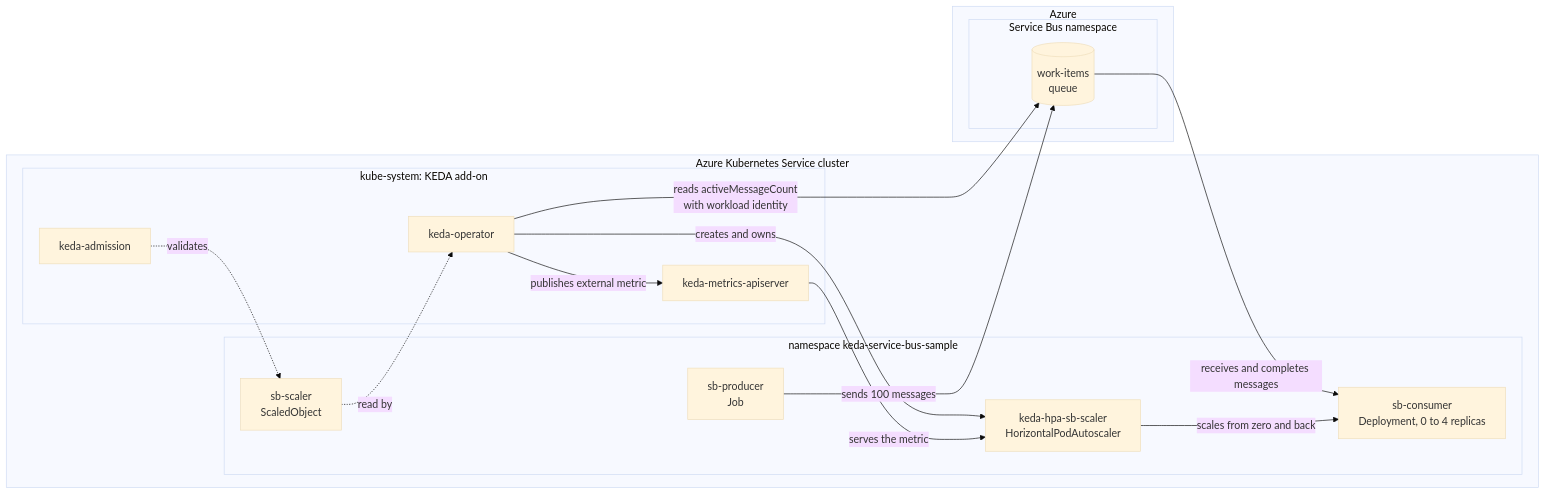
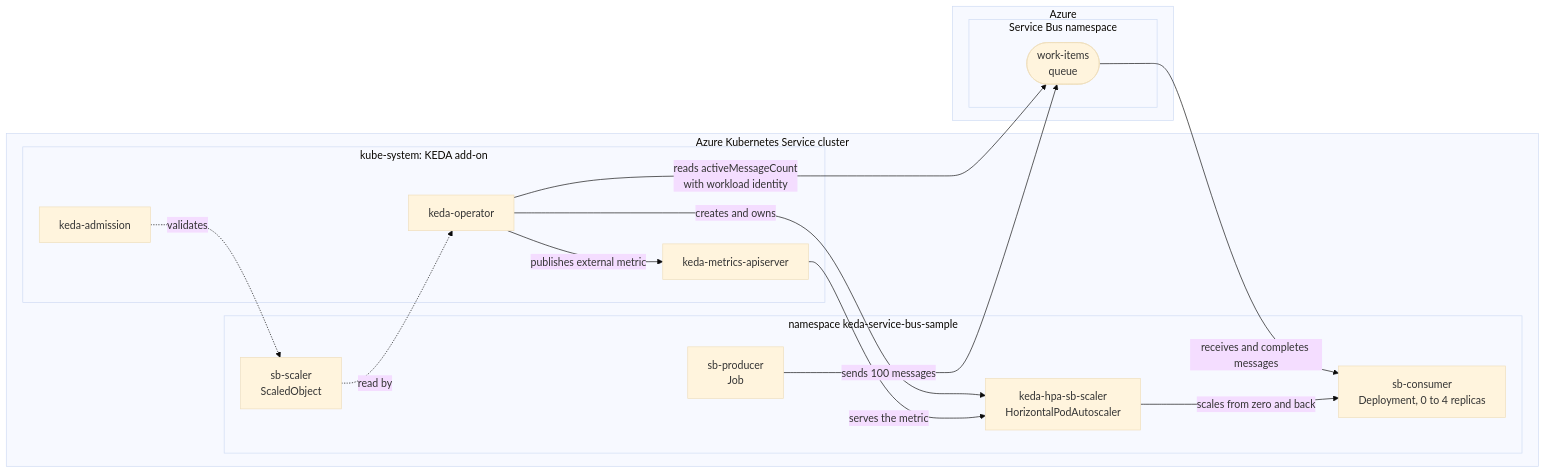
One commit to localstack-samples/aks-samples changed the diagram in tutorials/keda/service-bus/README.md. Above: the diagram before and after it, drawn with Mermaid (base theme). The commit also changed 2 other files, not shown here.

Commit message:
Use queue and log shapes instead of a database cylinder in the diagrams
The Service Bus queue, the storage queue and the event hub were drawn as cylinders, which is the database shape and misrepresents all three. The queues are now stadium shaped, which reads as a lane of waiting messages, the event hub is a framed box that suggests its partitions, and the checkpoint blob container is a plain box.

Re-rendered from the README blocks with mermaid and a real browser: all three still produce an SVG with every label intact.

````diff
--- a/tutorials/keda/service-bus/README.md
+++ b/tutorials/keda/service-bus/README.md
@@ -15,32 +15,32 @@
 ```mermaid
 flowchart LR
     subgraph aks["Azure Kubernetes Service cluster"]
         subgraph kubesystem["kube-system: KEDA add-on"]
             operator["keda-operator"]
             metrics["keda-metrics-apiserver"]
             admission["keda-admission"]
         end
         subgraph appns["namespace keda-service-bus-sample"]
             producer["sb-producer<br/>Job"]
             consumer["sb-consumer<br/>Deployment, 0 to 4 replicas"]
             scaledobject["sb-scaler<br/>ScaledObject"]
             hpa["keda-hpa-sb-scaler<br/>HorizontalPodAutoscaler"]
         end
     end
 
     subgraph azure["Azure"]
         subgraph sbns["Service Bus namespace"]
-            queue[("work-items<br/>queue")]
+            queue(["work-items<br/>queue"])
         end
     end
 
     producer -->|"sends 100 messages"| queue
     queue -->|"receives and completes messages"| consumer
     operator -->|"reads activeMessageCount<br/>with workload identity"| queue
     scaledobject -.->|"read by"| operator
     operator -->|"creates and owns"| hpa
     operator -->|"publishes external metric"| metrics
     metrics -->|"serves the metric"| hpa
     hpa -->|"scales from zero and back"| consumer
     admission -.->|"validates"| scaledobject
 ```
````
